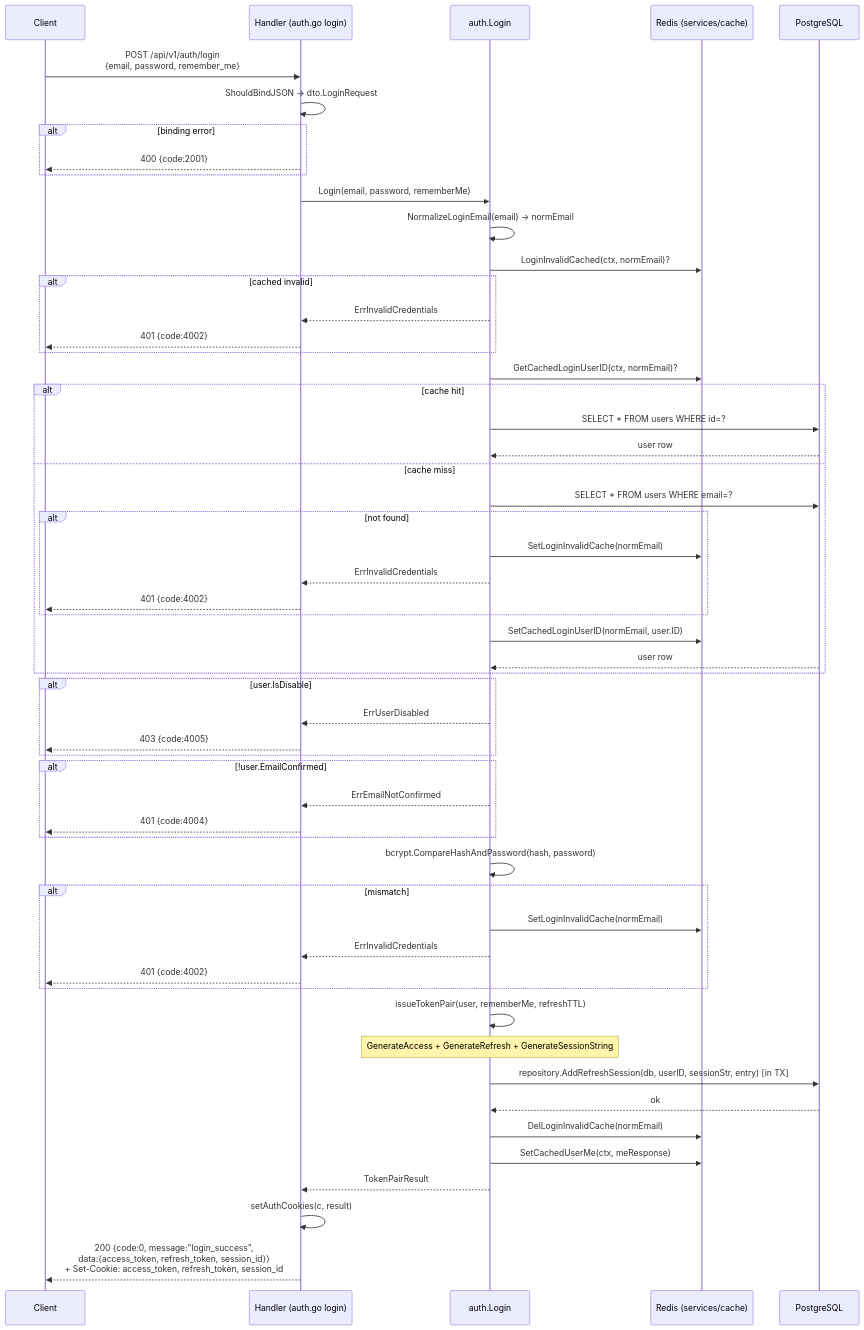
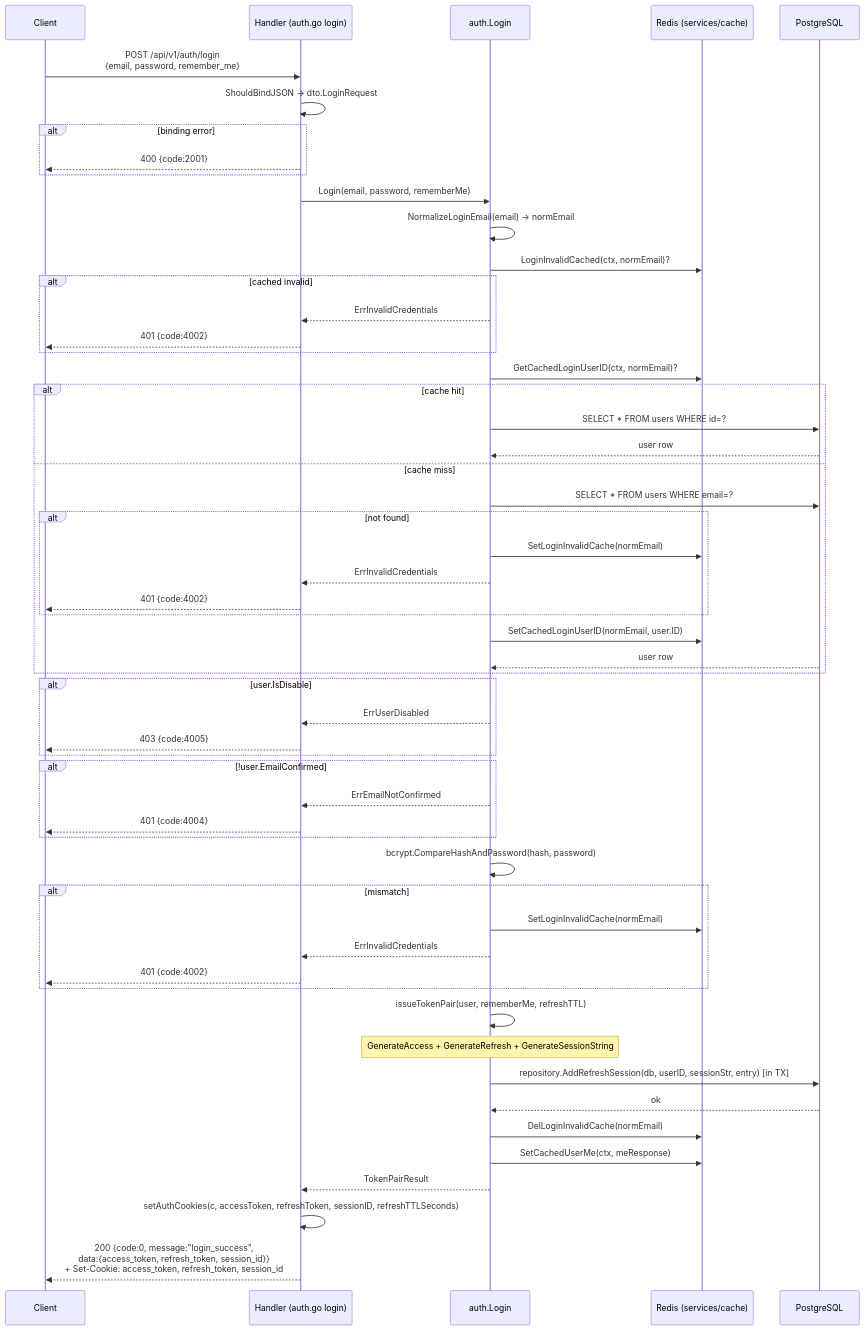
The fourth of 23 diagrams in docs/sequence_diagrams.md (lkienkle11/be-mycourse), drawn with Mermaid before and after one commit. The commit also changed other lines of this file and 10 other files, not shown here.

Commit message:
docs: update media webhook and taxonomy architecture notes

````diff
--- a/docs/sequence_diagrams.md
+++ b/docs/sequence_diagrams.md
@@ -202,65 +202,65 @@
 ```mermaid
 sequenceDiagram
     participant C as Client
     participant H as Handler (auth.go login)
     participant SVC as auth.Login
     participant Cache as Redis (services/cache)
     participant DB as PostgreSQL
 
     C->>H: POST /api/v1/auth/login<br/>{email, password, remember_me}
     H->>H: ShouldBindJSON → dto.LoginRequest
     alt binding error
         H-->>C: 400 {code:2001}
     end
 
     H->>SVC: Login(email, password, rememberMe)
     SVC->>SVC: NormalizeLoginEmail(email) → normEmail
     SVC->>Cache: LoginInvalidCached(ctx, normEmail)?
     alt cached invalid
         SVC-->>H: ErrInvalidCredentials
         H-->>C: 401 {code:4002}
     end
 
     SVC->>Cache: GetCachedLoginUserID(ctx, normEmail)?
     alt cache hit
         SVC->>DB: SELECT * FROM users WHERE id=?
         DB-->>SVC: user row
     else cache miss
         SVC->>DB: SELECT * FROM users WHERE email=?
         alt not found
             SVC->>Cache: SetLoginInvalidCache(normEmail)
             SVC-->>H: ErrInvalidCredentials
             H-->>C: 401 {code:4002}
         end
         SVC->>Cache: SetCachedLoginUserID(normEmail, user.ID)
         DB-->>SVC: user row
     end
 
     alt user.IsDisable
         SVC-->>H: ErrUserDisabled
         H-->>C: 403 {code:4005}
     end
     alt !user.EmailConfirmed
         SVC-->>H: ErrEmailNotConfirmed
         H-->>C: 401 {code:4004}
     end
 
     SVC->>SVC: bcrypt.CompareHashAndPassword(hash, password)
     alt mismatch
         SVC->>Cache: SetLoginInvalidCache(normEmail)
         SVC-->>H: ErrInvalidCredentials
         H-->>C: 401 {code:4002}
     end
 
     SVC->>SVC: issueTokenPair(user, rememberMe, refreshTTL)
     Note over SVC: GenerateAccess + GenerateRefresh + GenerateSessionString
     SVC->>DB: repository.AddRefreshSession(db, userID, sessionStr, entry) [in TX]
     DB-->>SVC: ok
 
     SVC->>Cache: DelLoginInvalidCache(normEmail)
     SVC->>Cache: SetCachedUserMe(ctx, meResponse)
 
     SVC-->>H: TokenPairResult
-    H->>H: setAuthCookies(c, result)
+    H->>H: setAuthCookies(c, accessToken, refreshToken, sessionID, refreshTTLSeconds)
     H-->>C: 200 {code:0, message:"login_success",<br/>data:{access_token, refresh_token, session_id}}<br/>+ Set-Cookie: access_token, refresh_token, session_id
 ```
````
